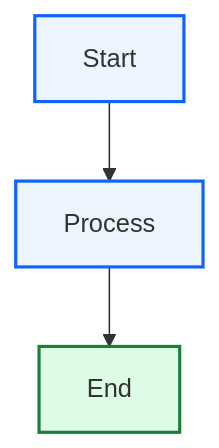
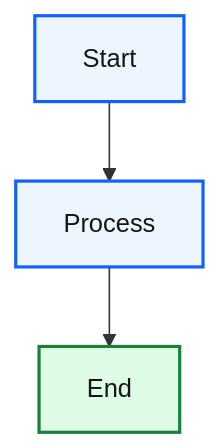
One commit to zhiweio/mermaid-illustrate changed the eighth of 17 diagrams in examples/flowchart.md. Above: the diagram before and after it, drawn with Mermaid. The commit also changed other lines of this file and 22 other files, not shown here.

````diff
--- a/examples/flowchart.md
+++ b/examples/flowchart.md
@@ -206,9 +206,8 @@
 ```mermaid
 flowchart TD
-    A[Start]:::bpStart --> B[Process]:::bpProcess
-    B --> C[End]:::bpEnd
+    A[Start]:::bpProcess --> B[Process]:::bpProcess
+    B --> C[End]:::bpSuccess
 
-    classDef bpStart fill:#edf5ff,stroke:#0f62fe,stroke-width:2px
-    classDef bpProcess fill:#edf5ff,stroke:#0f62fe,stroke-width:2px
-    classDef bpEnd fill:#defbe6,stroke:#198038,stroke-width:2px
+    classDef bpProcess fill:#edf5ff,stroke:#0f62fe,stroke-width:2px,color:#161616
+    classDef bpSuccess fill:#defbe6,stroke:#198038,stroke-width:2px,color:#161616
 ```
````
